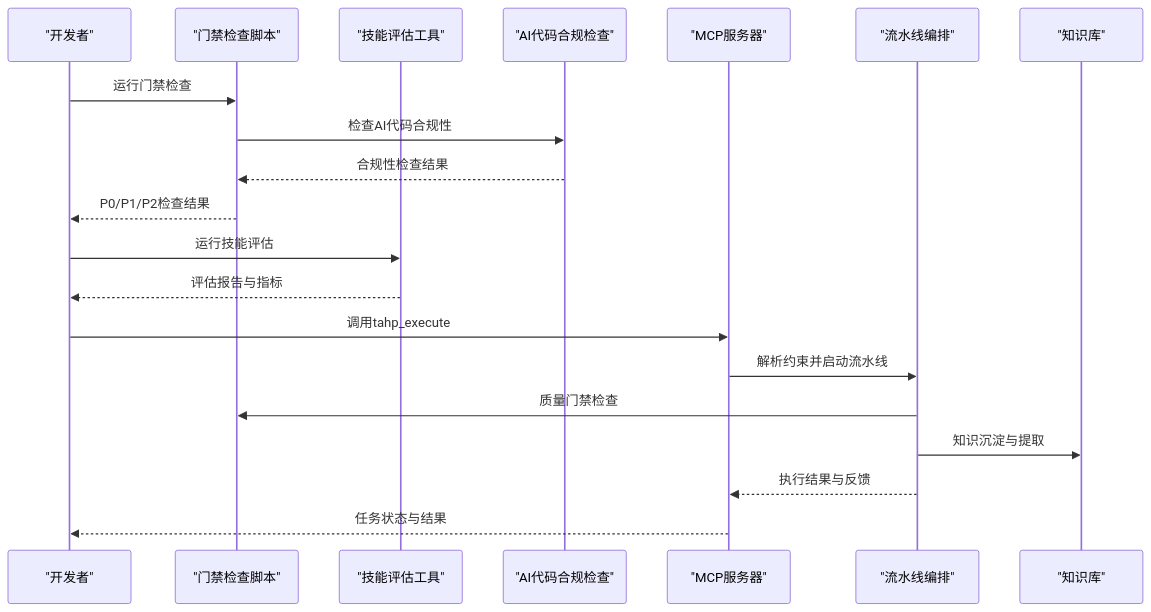
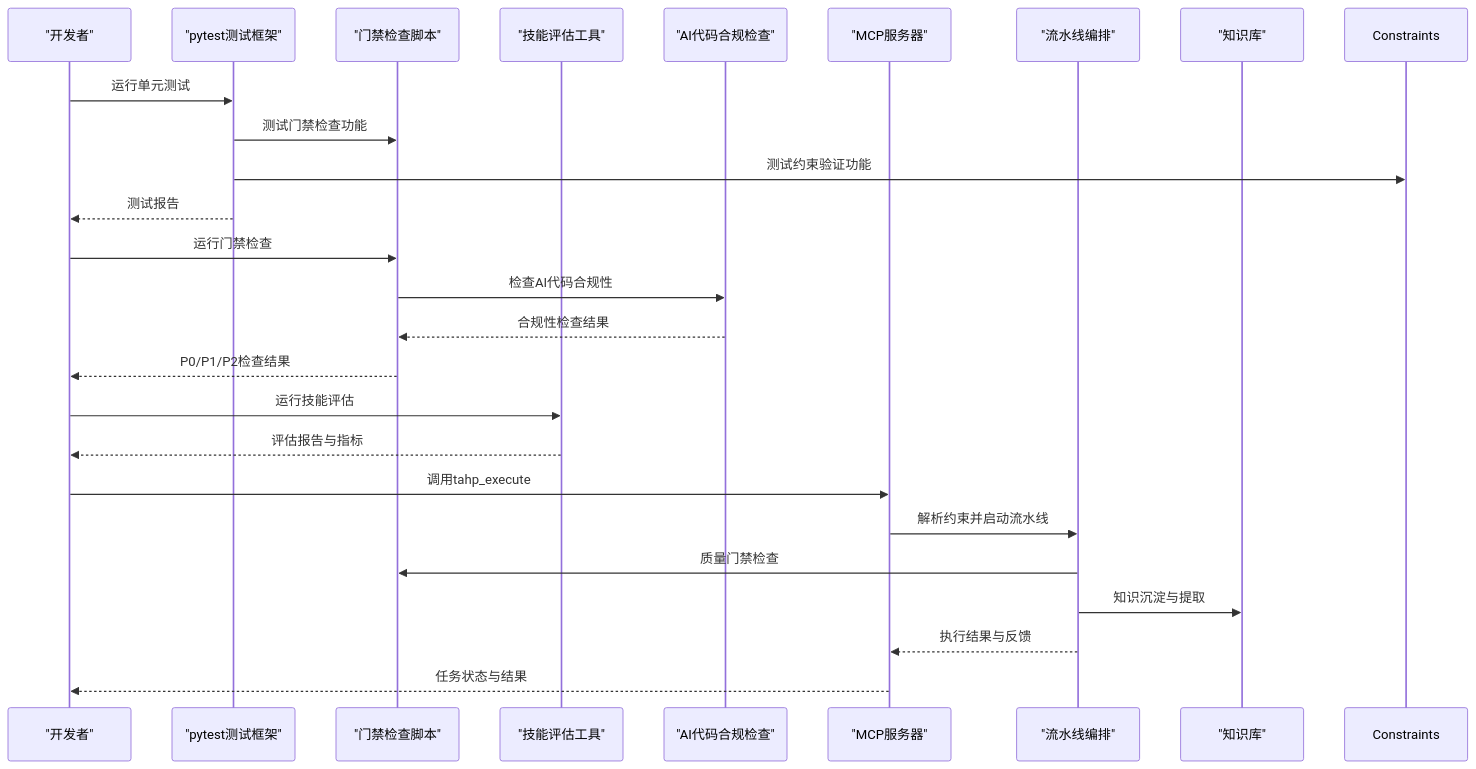
The second of 9 diagrams in .qoder/repowiki/zh/content/质量门禁体系.md (afcartevil/automated-test-script), drawn with Mermaid before and after one commit. The commit also changed other lines of this file and 12 other files, not shown here.

````diff
--- a/.qoder/repowiki/zh/content/质量门禁体系.md
+++ b/.qoder/repowiki/zh/content/质量门禁体系.md
@@ -120,22 +147,27 @@
 ```mermaid
 sequenceDiagram
 participant Dev as "开发者"
+participant Pytest as "pytest测试框架"
 participant Gate as "门禁检查脚本"
 participant Eval as "技能评估工具"
 participant Compliance as "AI代码合规检查"
 participant MCP as "MCP服务器"
 participant Pipe as "流水线编排"
 participant KB as "知识库"
+Dev->>Pytest : 运行单元测试
+Pytest->>Gate : 测试门禁检查功能
+Pytest->>Constraints : 测试约束验证功能
+Pytest-->>Dev : 测试报告
 Dev->>Gate : 运行门禁检查
 Gate->>Compliance : 检查AI代码合规性
 Compliance-->>Gate : 合规性检查结果
 Gate-->>Dev : P0/P1/P2检查结果
 Dev->>Eval : 运行技能评估
 Eval-->>Dev : 评估报告与指标
 Dev->>MCP : 调用tahp_execute
 MCP->>Pipe : 解析约束并启动流水线
 Pipe->>Gate : 质量门禁检查
 Pipe->>KB : 知识沉淀与提取
 Pipe-->>MCP : 执行结果与反馈
 MCP-->>Dev : 任务状态与结果
 ```
````
